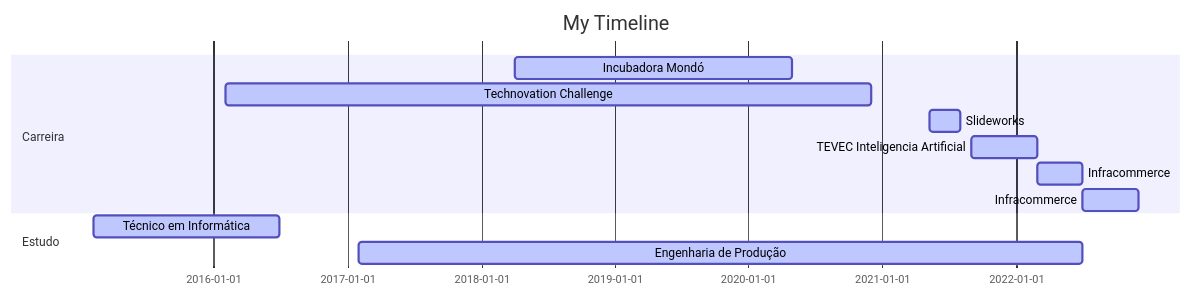
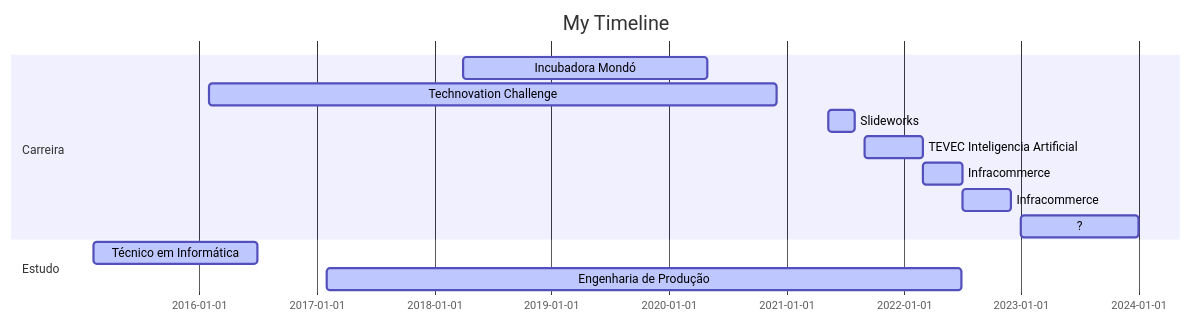
One commit to MariiMartins/mariimartins changed the diagram in README.md. Above: the diagram before and after it, drawn with Mermaid.

Commit message:
Atualização README

````diff
--- a/README.md
+++ b/README.md
@@ -62,19 +62,20 @@
 ``` mermaid
 
 gantt
 dateFormat  YYYY-MM-DD
 title My Timeline
 
 section Carreira
 Incubadora Mondó        :active,, 2018-04-02,2020-04-30
 Technovation Challenge        :active,, 2016-02-02,2020-11-30
 Slideworks        :active,, 2021-05-10,2021-07-31
 TEVEC Inteligencia Artificial       :active,, 2021-09-01,2022-02-28
 Infracommerce           :active,, 2022-03-01,2022-07-01
 Infracommerce          :active,, 2022-07-01,2022-12-01
+? :active,, 2023-01-01,2024-01-01
 
 
 section Estudo
 Técnico em Informática    :active,, 2015-02-07,2016-06-30
 Engenharia de Produção  :active,, 2017-02-01,2022-06-30
 ```
````
